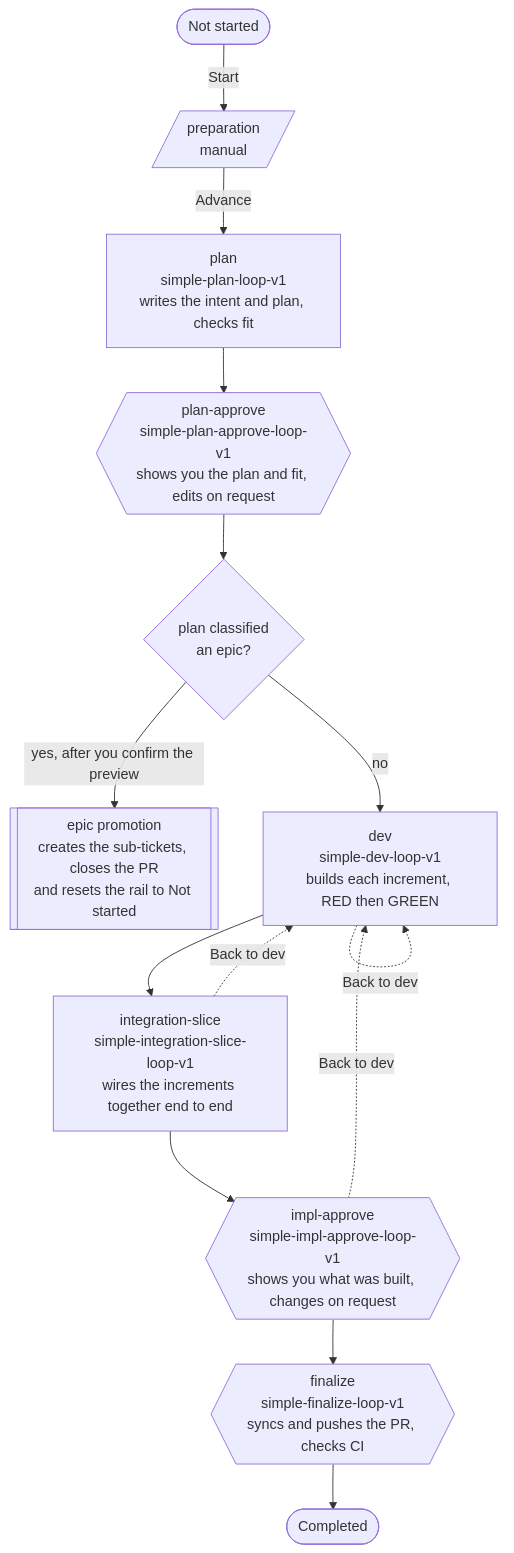
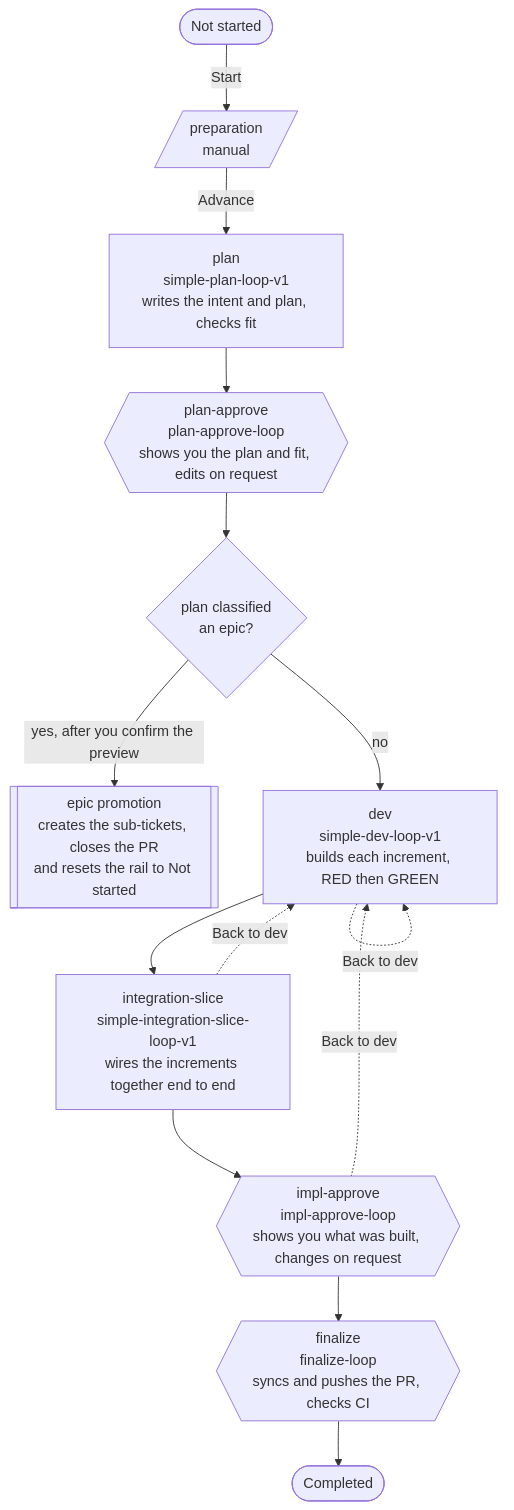
The diagram in docs/flows/simple-dev-v1.md (dylanb/agent-terminal), drawn with Mermaid before and after one commit. The commit also changed other lines of this file and 32 other files, not shown here.

````diff
--- a/docs/flows/simple-dev-v1.md
+++ b/docs/flows/simple-dev-v1.md
@@ -7,18 +7,18 @@
 ```mermaid
 flowchart TD
   accTitle: simple-dev-v1 flow
   accDescr: The steps of simple-dev-v1 from Not started to Completed. The table below the diagram lists every step, gate and loop-back as text.
   START(["Not started"]) -->|"Start"| PREP[/"preparation<br/>manual"/]
   PREP -->|"Advance"| PLAN["plan<br/>simple-plan-loop-v1<br/>writes the intent and plan, checks fit"]
-  PLAN --> PAPPROVE{{"plan-approve<br/>simple-plan-approve-loop-v1<br/>shows you the plan and fit, edits on request"}}
+  PLAN --> PAPPROVE{{"plan-approve<br/>plan-approve-loop<br/>shows you the plan and fit, edits on request"}}
   PAPPROVE --> EPICQ{"plan classified<br/>an epic?"}
   EPICQ -->|"yes, after you confirm the preview"| PROMOTE[["epic promotion<br/>creates the sub-tickets, closes the PR<br/>and resets the rail to Not started"]]
   EPICQ -->|"no"| DEV["dev<br/>simple-dev-loop-v1<br/>builds each increment, RED then GREEN"]
   DEV --> INTEG["integration-slice<br/>simple-integration-slice-loop-v1<br/>wires the increments together end to end"]
-  INTEG --> IAPPROVE{{"impl-approve<br/>simple-impl-approve-loop-v1<br/>shows you what was built, changes on request"}}
-  IAPPROVE --> FINAL{{"finalize<br/>simple-finalize-loop-v1<br/>syncs and pushes the PR, checks CI"}}
+  INTEG --> IAPPROVE{{"impl-approve<br/>impl-approve-loop<br/>shows you what was built, changes on request"}}
+  IAPPROVE --> FINAL{{"finalize<br/>finalize-loop<br/>syncs and pushes the PR, checks CI"}}
   FINAL --> DONE(["Completed"])
   DEV -.->|"Back to dev"| DEV
   INTEG -.->|"Back to dev"| DEV
   IAPPROVE -.->|"Back to dev"| DEV
 ```
````
